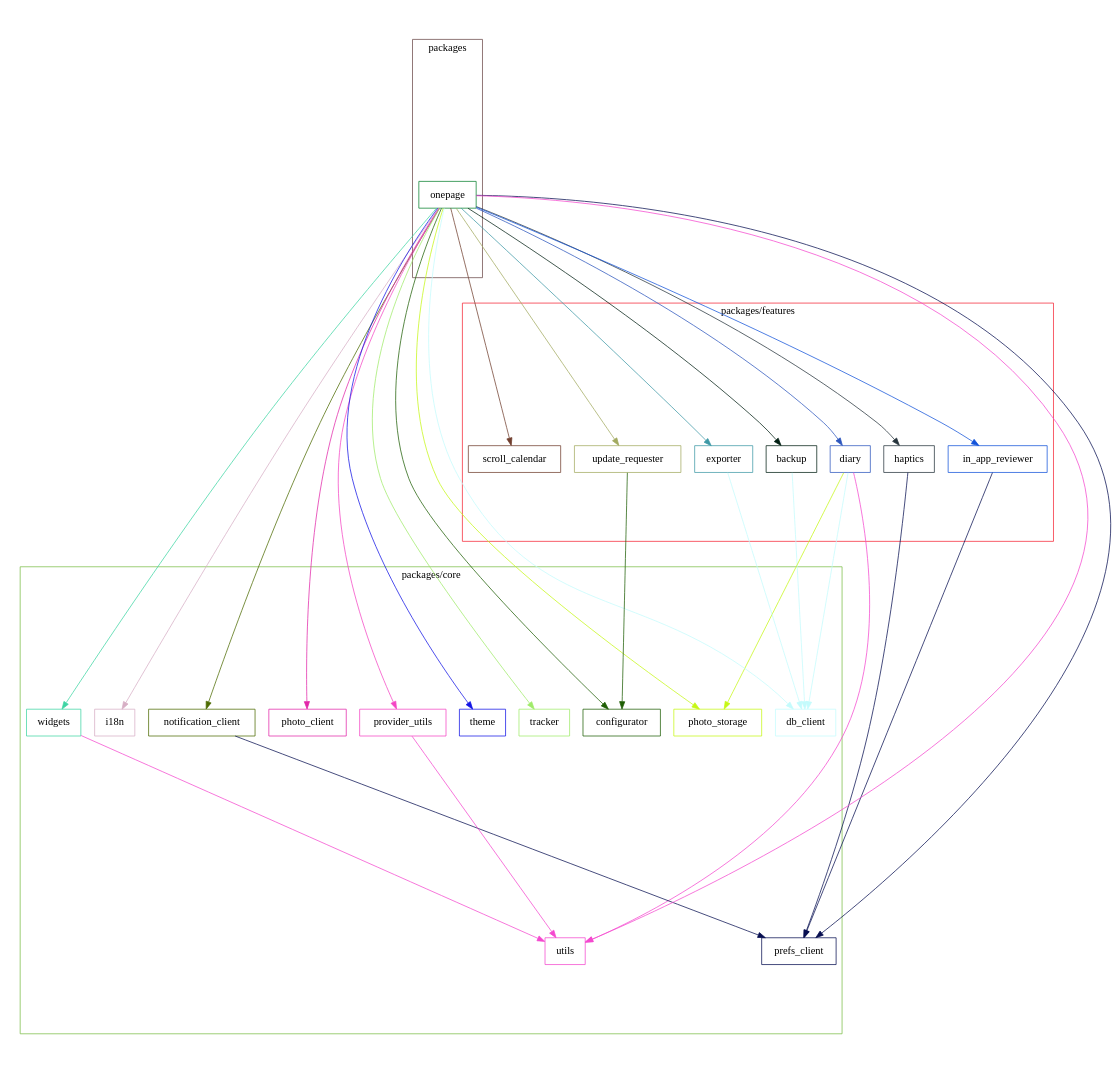
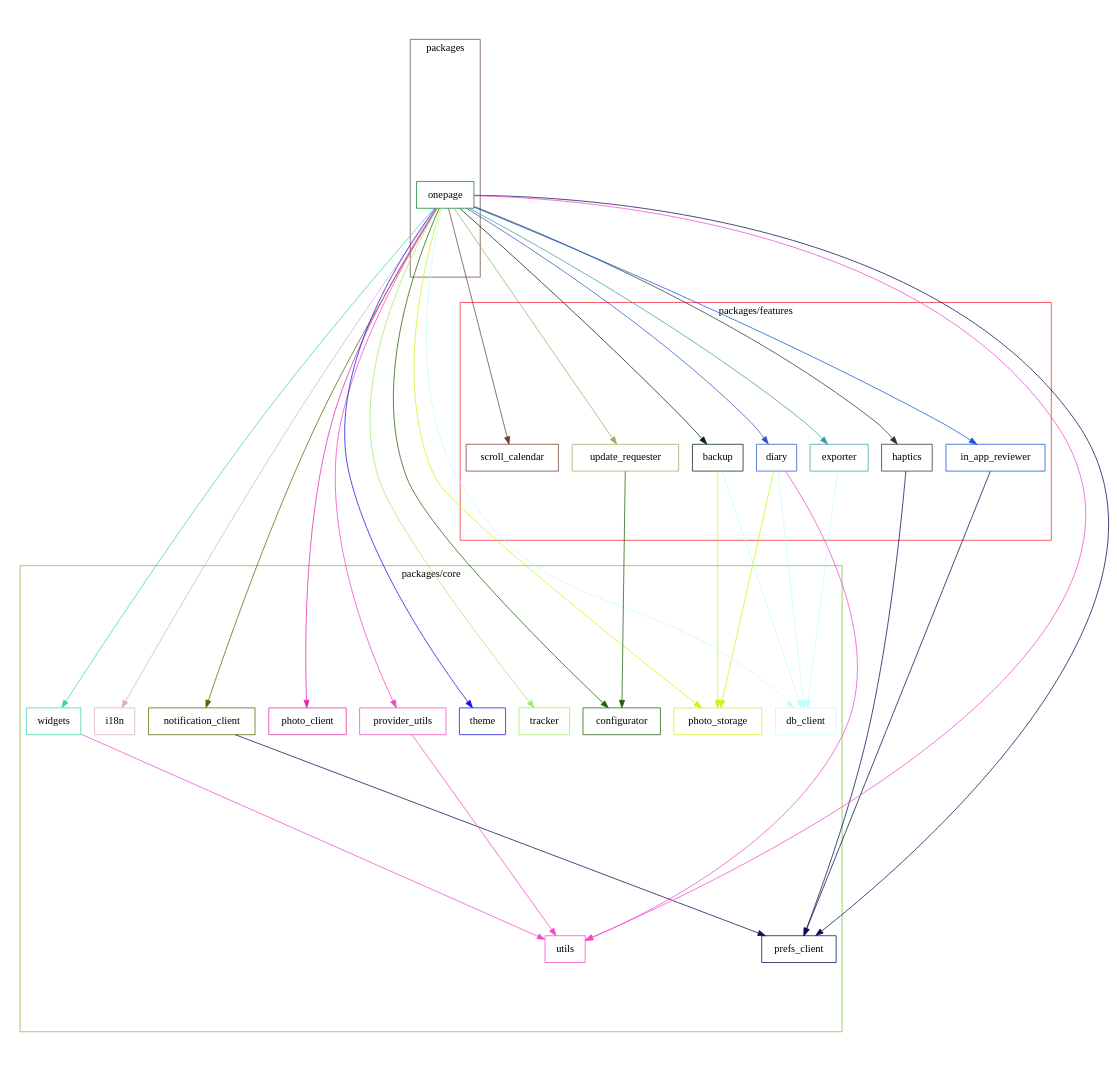
The diagram in docs/dependency_graph.dot (naipaka/onepage), drawn with Graphviz before and after one commit. The commit also changed 1 other file, not shown here.

Commit message:
Update Dependency Graph and SVG image (#308)

```diff
--- a/docs/dependency_graph.dot
+++ b/docs/dependency_graph.dot
@@ -1,85 +1,86 @@
 digraph packages {
   size="10"; ratio=fill;
   backup [shape="box"; color="#022013"];
   configurator [shape="box"; color="#205f06"];
   db_client [shape="box"; color="#c4fbfc"];
   diary [shape="box"; color="#2c56bd"];
   exporter [shape="box"; color="#3e99a6"];
   haptics [shape="box"; color="#26343c"];
   i18n [shape="box"; color="#d7afc5"];
   in_app_reviewer [shape="box"; color="#1253da"];
   notification_client [shape="box"; color="#4d6b02"];
   onepage [shape="box"; color="#08802d"];
   photo_client [shape="box"; color="#e227a9"];
   photo_storage [shape="box"; color="#c6f715"];
   prefs_client [shape="box"; color="#080f51"];
   provider_utils [shape="box"; color="#f445c4"];
   scroll_calendar [shape="box"; color="#713e2e"];
   theme [shape="box"; color="#1214e6"];
   tracker [shape="box"; color="#a0eb6a"];
   update_requester [shape="box"; color="#a2aa60"];
   utils [shape="box"; color="#f548cf"];
   widgets [shape="box"; color="#3ed5a4"];
   backup -> db_client [style="filled"; color="#c4fbfc"];
+  backup -> photo_storage [style="filled"; color="#c6f715"];
   diary -> db_client [style="filled"; color="#c4fbfc"];
   diary -> photo_storage [style="filled"; color="#c6f715"];
   diary -> utils [style="filled"; color="#f548cf"];
   exporter -> db_client [style="filled"; color="#c4fbfc"];
   haptics -> prefs_client [style="filled"; color="#080f51"];
   in_app_reviewer -> prefs_client [style="filled"; color="#080f51"];
   notification_client -> prefs_client [style="filled"; color="#080f51"];
   onepage -> backup [style="filled"; color="#022013"];
   onepage -> configurator [style="filled"; color="#205f06"];
   onepage -> db_client [style="filled"; color="#c4fbfc"];
   onepage -> diary [style="filled"; color="#2c56bd"];
   onepage -> exporter [style="filled"; color="#3e99a6"];
   onepage -> haptics [style="filled"; color="#26343c"];
   onepage -> i18n [style="filled"; color="#d7afc5"];
   onepage -> in_app_reviewer [style="filled"; color="#1253da"];
   onepage -> notification_client [style="filled"; color="#4d6b02"];
   onepage -> photo_client [style="filled"; color="#e227a9"];
   onepage -> photo_storage [style="filled"; color="#c6f715"];
   onepage -> prefs_client [style="filled"; color="#080f51"];
   onepage -> provider_utils [style="filled"; color="#f445c4"];
   onepage -> scroll_calendar [style="filled"; color="#713e2e"];
   onepage -> theme [style="filled"; color="#1214e6"];
   onepage -> tracker [style="filled"; color="#a0eb6a"];
   onepage -> update_requester [style="filled"; color="#a2aa60"];
   onepage -> utils [style="filled"; color="#f548cf"];
   onepage -> widgets [style="filled"; color="#3ed5a4"];
   provider_utils -> utils [style="filled"; color="#f548cf"];
   update_requester -> configurator [style="filled"; color="#205f06"];
   widgets -> utils [style="filled"; color="#f548cf"];
   subgraph "cluster packages/features" {
     label="packages/features";
     color="#f62736";
     backup;
     diary;
     exporter;
     haptics;
     in_app_reviewer;
     scroll_calendar;
     update_requester;
   }
   subgraph "cluster packages/core" {
     label="packages/core";
     color="#7bbd47";
     configurator;
     db_client;
     i18n;
     notification_client;
     photo_client;
     photo_storage;
     prefs_client;
     provider_utils;
     theme;
     tracker;
     utils;
     widgets;
   }
   subgraph "cluster packages" {
     label="packages";
     color="#6b4949";
     onepage;
   }
 }
```
